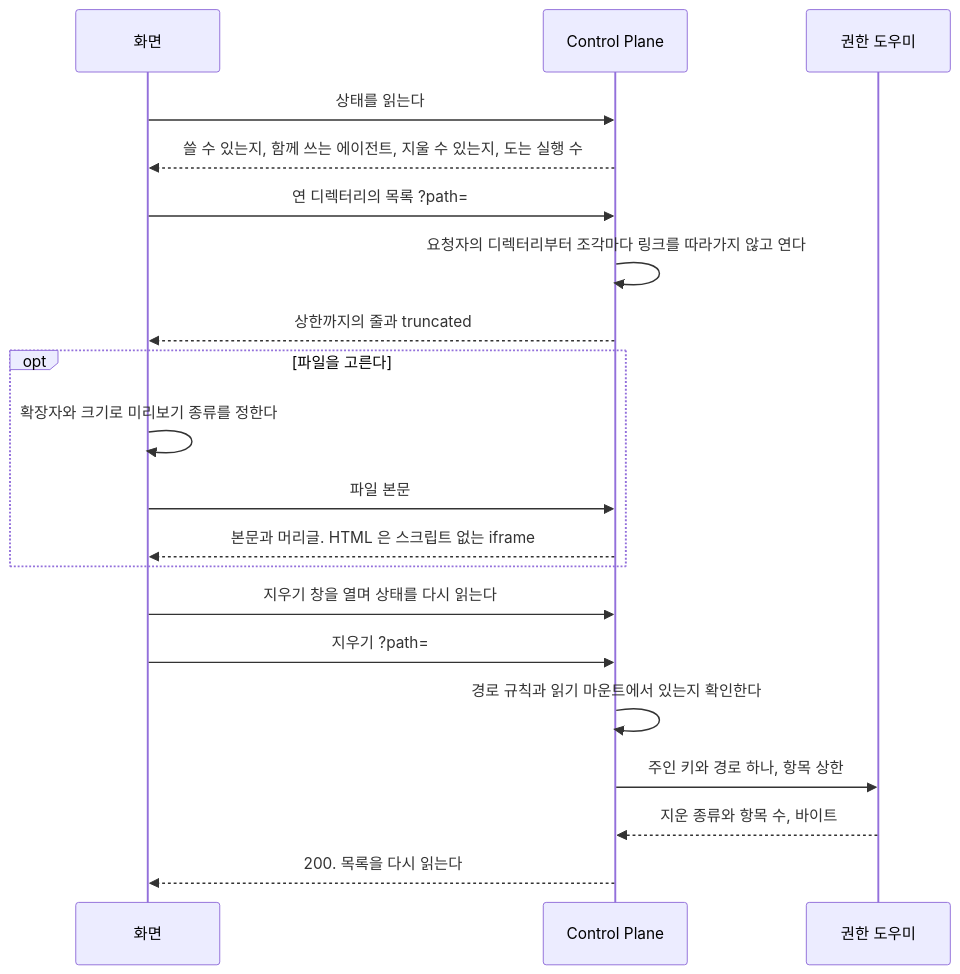
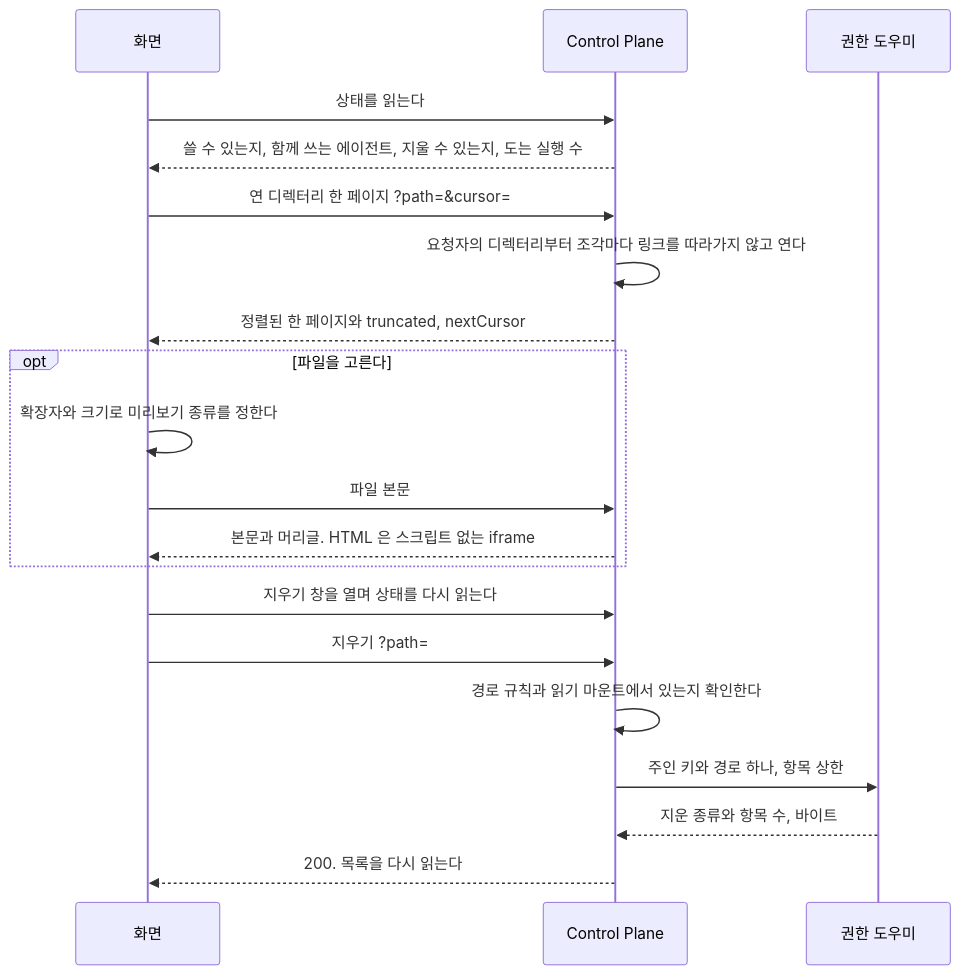
The second of 2 diagrams in docs/features/workspace.md (jon890/fos-assistant), drawn with Mermaid before and after one commit. The commit also changed other lines of this file and 17 other files, not shown here.

````diff
--- a/docs/features/workspace.md
+++ b/docs/features/workspace.md
@@ -19,23 +55,23 @@
 ```mermaid
 sequenceDiagram
     participant W as 화면
     participant C as Control Plane
     participant D as 권한 도우미
 
     W->>C: 상태를 읽는다
     C-->>W: 쓸 수 있는지, 함께 쓰는 에이전트, 지울 수 있는지, 도는 실행 수
-    W->>C: 연 디렉터리의 목록 ?path=
+    W->>C: 연 디렉터리 한 페이지 ?path=&cursor=
     C->>C: 요청자의 디렉터리부터 조각마다 링크를 따라가지 않고 연다
-    C-->>W: 상한까지의 줄과 truncated
+    C-->>W: 정렬된 한 페이지와 truncated, nextCursor
     opt 파일을 고른다
         W->>W: 확장자와 크기로 미리보기 종류를 정한다
         W->>C: 파일 본문
         C-->>W: 본문과 머리글. HTML 은 스크립트 없는 iframe
     end
     W->>C: 지우기 창을 열며 상태를 다시 읽는다
     W->>C: 지우기 ?path=
     C->>C: 경로 규칙과 읽기 마운트에서 있는지 확인한다
     C->>D: 주인 키와 경로 하나, 항목 상한
     D-->>C: 지운 종류와 항목 수, 바이트
     C-->>W: 200. 목록을 다시 읽는다
 ```
````
